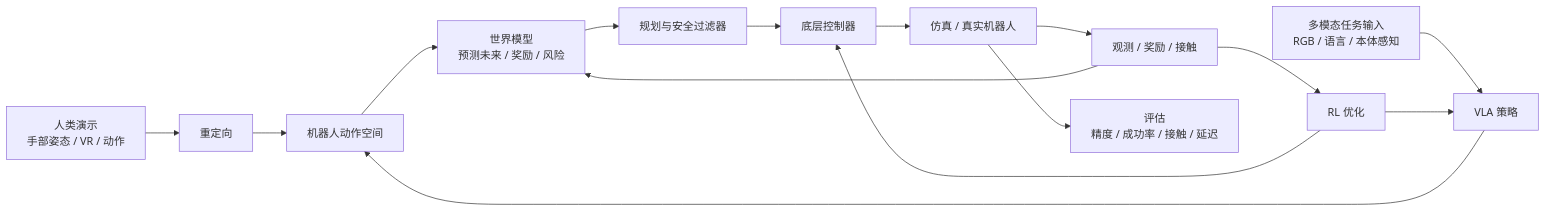
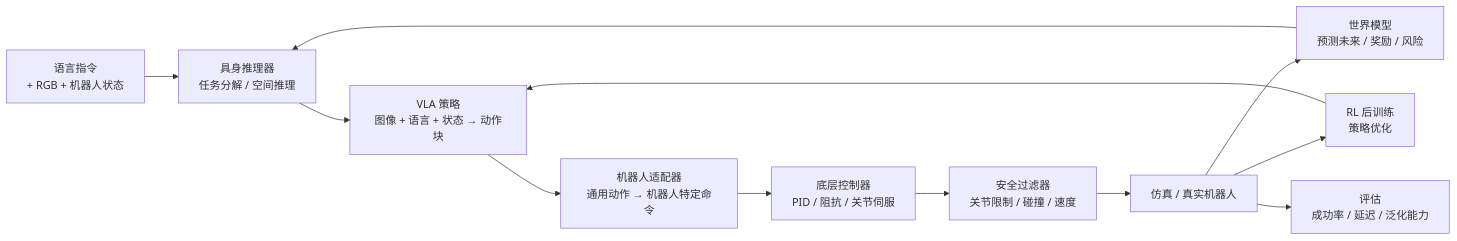
The diagram in README_CN.md (Dld0621/Embodied-AI-Zero-to-Hero), drawn with Mermaid before and after one commit. The commit also changed other lines of this file and 29 other files, not shown here.

````diff
--- a/README_CN.md
+++ b/README_CN.md
@@ -85,25 +85,19 @@
 ```mermaid
 flowchart LR
-    A[人类演示<br/>手部姿态 / VR / 动作]
-    B[多模态任务输入<br/>RGB / 语言 / 本体感知]
+    A[语言指令<br/>+ RGB + 机器人状态]
+    B[具身推理器<br/>任务分解 / 空间推理]
 
-    A --> C[重定向]
-    B --> D[VLA 策略]
+    A --> B
+    B --> C[VLA 策略<br/>图像 + 语言 + 状态 → 动作块]
+    C --> D[机器人适配器<br/>通用动作 → 机器人特定命令]
+    D --> E[底层控制器<br/>PID / 阻抗 / 关节伺服]
+    E --> F[安全过滤器<br/>关节限制 / 碰撞 / 速度]
+    F --> G[仿真 / 真实机器人]
 
-    C --> E[机器人动作空间]
-    D --> E
+    G --> H[世界模型<br/>预测未来 / 奖励 / 风险]
+    H --> B
+    G --> I[RL 后训练<br/>策略优化]
+    I --> C
 
-    E --> F[世界模型<br/>预测未来 / 奖励 / 风险]
-    F --> G[规划与安全过滤器]
-    G --> H[底层控制器]
-
-    H --> I[仿真 / 真实机器人]
-    I --> J[观测 / 奖励 / 接触]
-
-    J --> F
-    J --> K[RL 优化]
-    K --> D
-    K --> H
-
-    I --> L[评估<br/>精度 / 成功率 / 接触 / 延迟]
+    G --> J[评估<br/>成功率 / 延迟 / 泛化能力]
 ```
````
